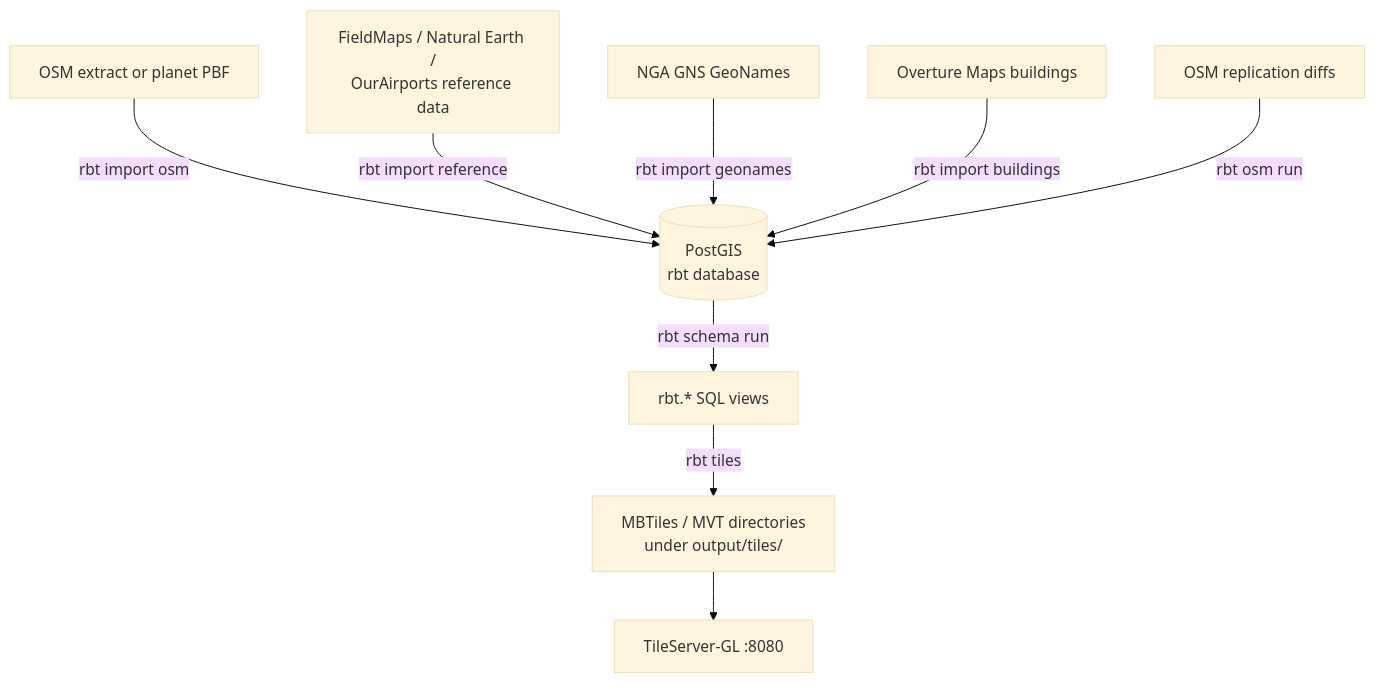
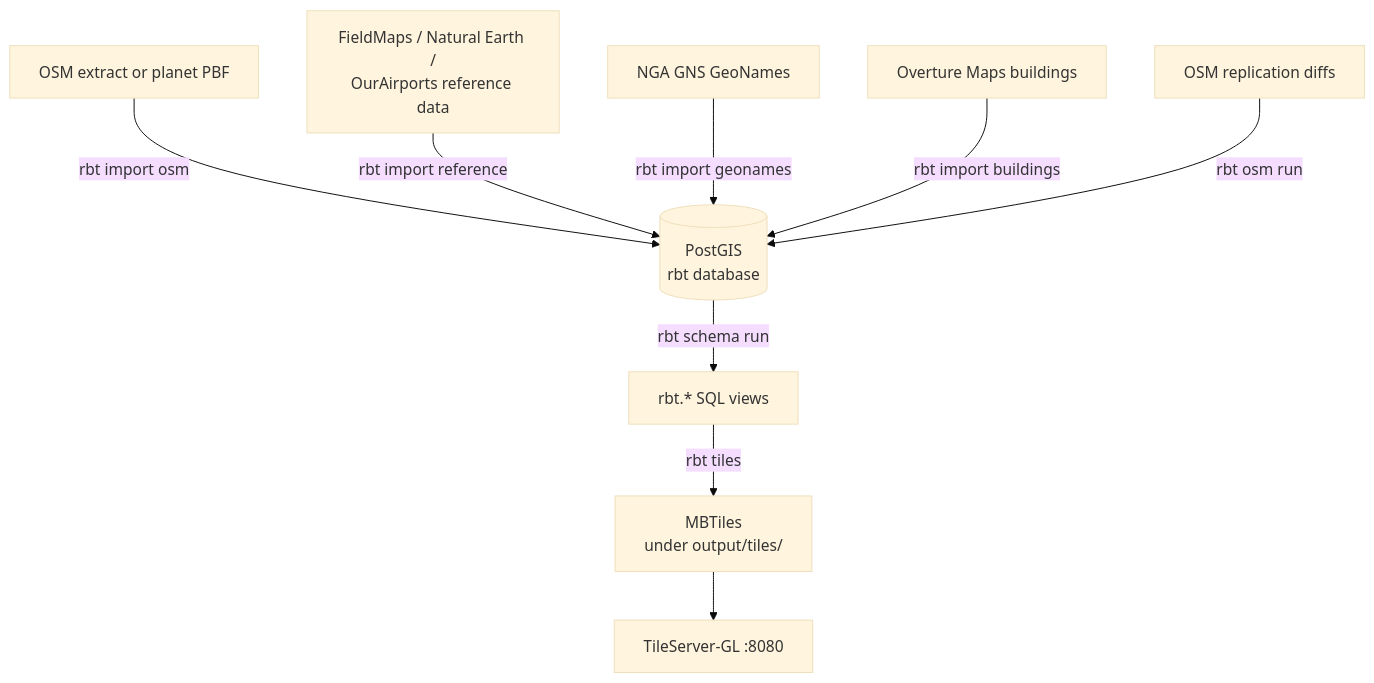
The diagram in docs/getting-started.md (mjj203/rbt-data-generator), drawn with Mermaid (base theme) before and after one commit. The commit also changed other lines of this file and 35 other files, not shown here.

````diff
--- a/docs/getting-started.md
+++ b/docs/getting-started.md
@@ -17,11 +17,11 @@
 ```mermaid
 graph TD
     A[OSM extract or planet PBF] -->|rbt import osm| E[(PostGIS<br/>rbt database)]
     B[FieldMaps / Natural Earth /<br/>OurAirports reference data] -->|rbt import reference| E
     C[NGA GNS GeoNames] -->|rbt import geonames| E
     D[Overture Maps buildings] -->|rbt import buildings| E
     E -->|rbt schema run| F[rbt.* SQL views]
-    F -->|rbt tiles| G[MBTiles / MVT directories<br/>under output/tiles/]
+    F -->|rbt tiles| G[MBTiles<br/>under output/tiles/]
     G --> H[TileServer-GL :8080]
     I[OSM replication diffs] -->|rbt osm run| E
 ```
````
